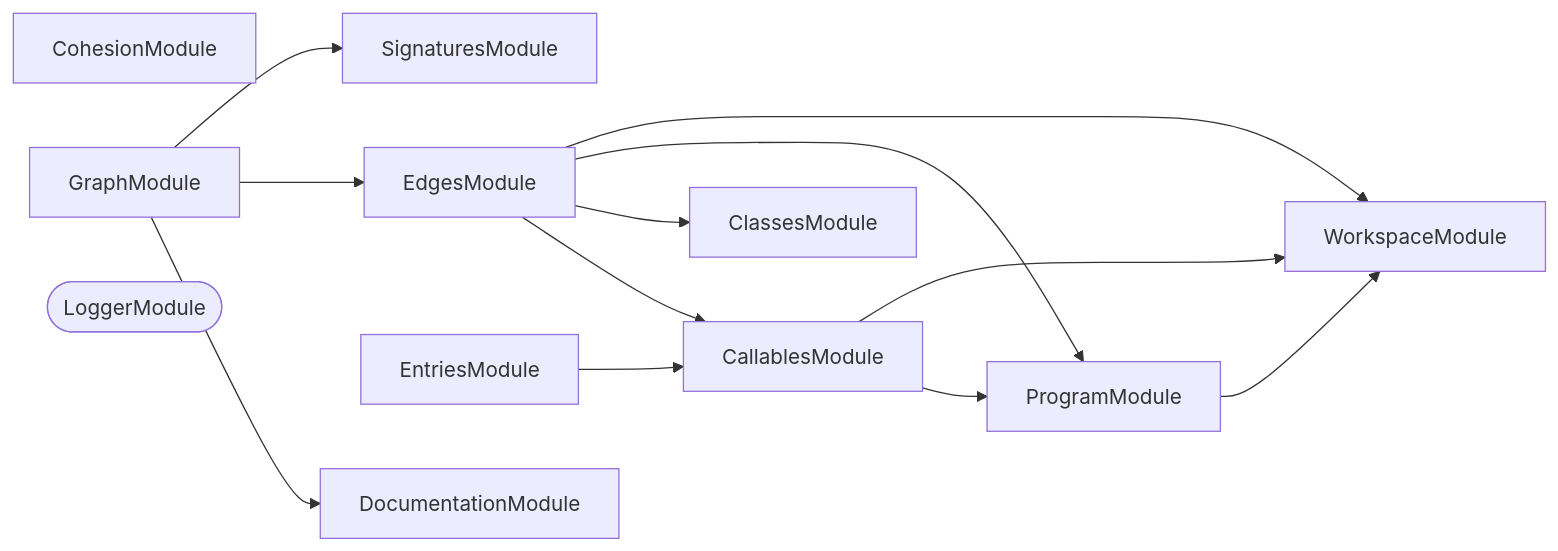
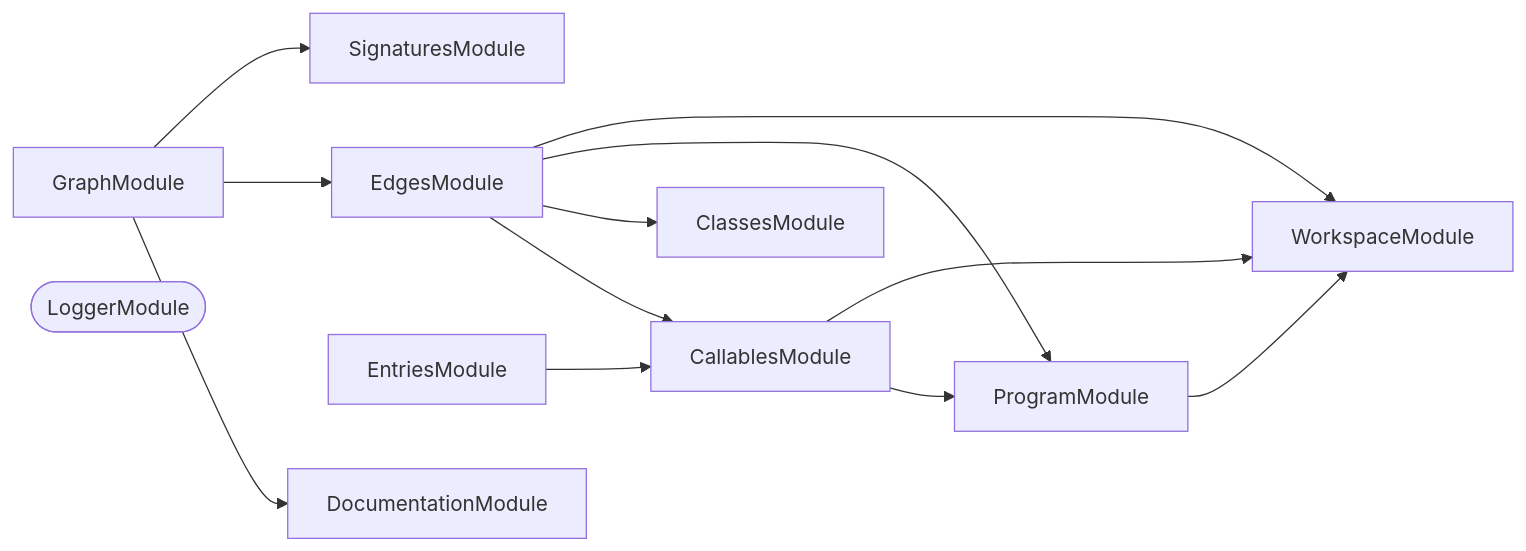
The second of 3 diagrams in packages/callidescope-graph/README.md (JimmyPaolini/codebase), drawn with Mermaid before and after one commit. The commit also changed other lines of this file and 53 other files, not shown here.

Commit message:
refactor(callidescope): ♻️ delete the cohesion analyzer and module identity

````diff
--- a/packages/callidescope-graph/README.md
+++ b/packages/callidescope-graph/README.md
@@ -269,25 +268,24 @@
 ```mermaid
 flowchart LR
   CallablesModule
   ClassesModule
-  CohesionModule
   DocumentationModule
   EdgesModule
   EntriesModule
   GraphModule
   LoggerModule([LoggerModule])
   ProgramModule
   SignaturesModule
   WorkspaceModule
   CallablesModule --> ProgramModule
   CallablesModule --> WorkspaceModule
   EdgesModule --> CallablesModule
   EdgesModule --> ClassesModule
   EdgesModule --> ProgramModule
   EdgesModule --> WorkspaceModule
   EntriesModule --> CallablesModule
   GraphModule --> DocumentationModule
   GraphModule --> EdgesModule
   GraphModule --> SignaturesModule
   ProgramModule --> WorkspaceModule
 ```
````
